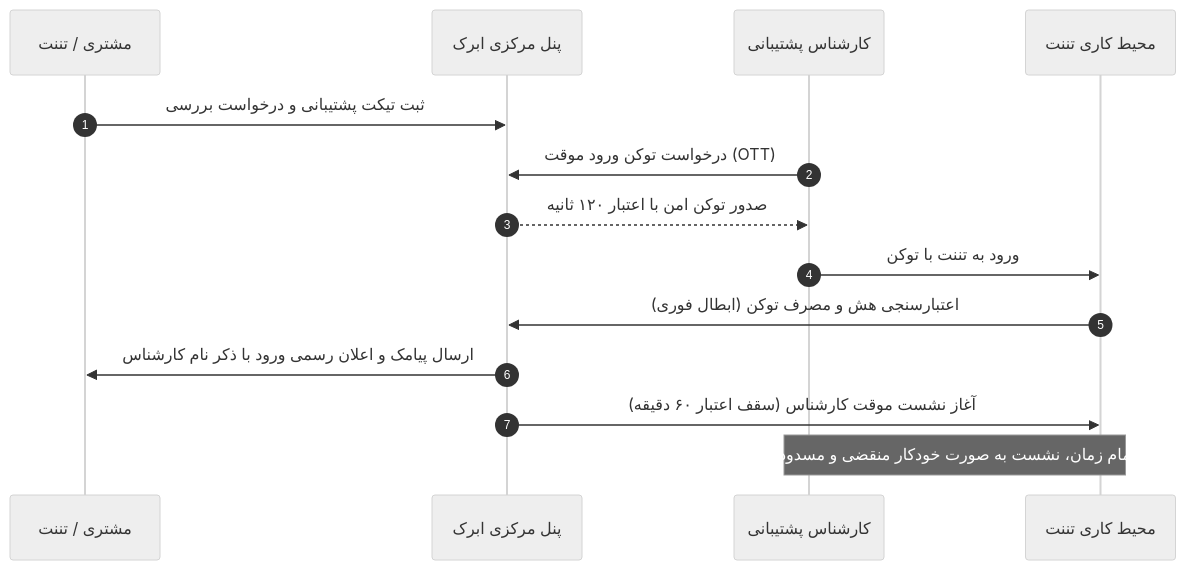
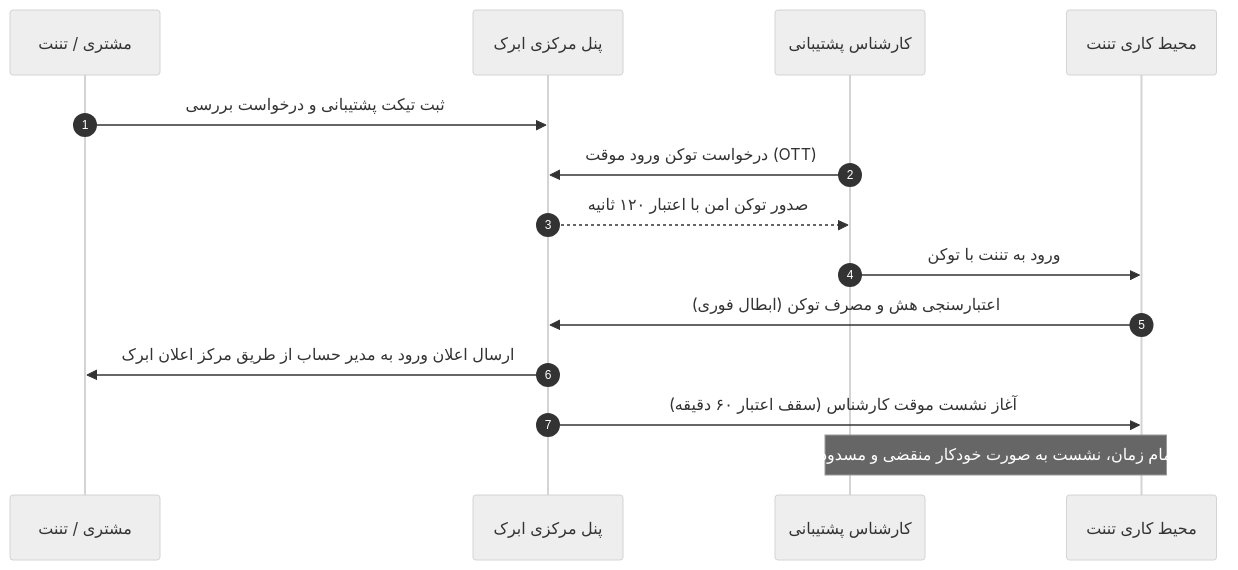
Before and after one commit to abrakorg/abrak-docs: the diagram in fa/support-access.md, drawn with Mermaid (neutral theme). The commit also changed other lines of this file and 14 other files, not shown here.

````diff
--- a/fa/support-access.md
+++ b/fa/support-access.md
@@ -27,17 +27,17 @@
 ```mermaid
 sequenceDiagram
     autonumber
     participant Customer as مشتری / تننت
     participant Hub as پنل مرکزی ابرک
     participant Staff as کارشناس پشتیبانی
     participant Tenant as محیط کاری تننت
 
     Customer->>Hub: ثبت تیکت پشتیبانی و درخواست بررسی
     Staff->>Hub: درخواست توکن ورود موقت (OTT)
     Hub-->>Staff: صدور توکن امن با اعتبار ۱۲۰ ثانیه
     Staff->>Tenant: ورود به تننت با توکن
     Tenant->>Hub: اعتبارسنجی هش و مصرف توکن (ابطال فوری)
-    Hub->>Customer: ارسال پیامک و اعلان رسمی ورود با ذکر نام کارشناس
+    Hub->>Customer: ارسال اعلان ورود به مدیر حساب از طریق مرکز اعلان ابرک
     Hub->>Tenant: آغاز نشست موقت کارشناس (سقف اعتبار ۶۰ دقیقه)
     Note over Staff,Tenant: پس از اتمام زمان، نشست به صورت خودکار منقضی و مسدود می‌شود
 ```
````
